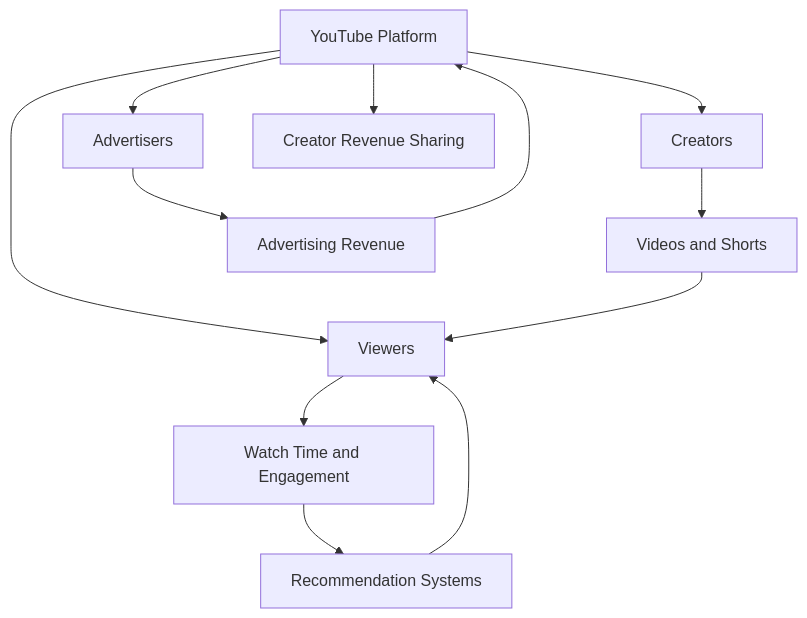
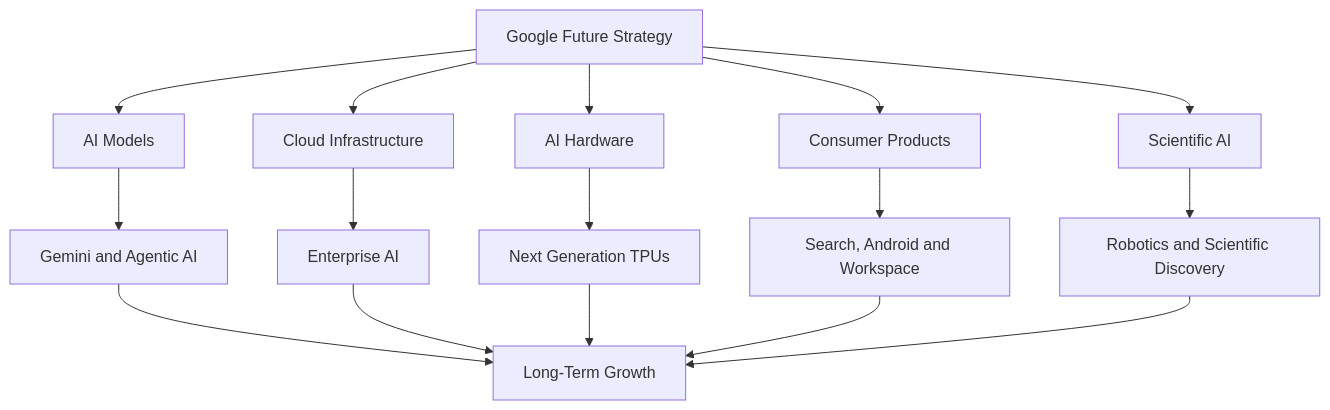
Before and after one commit to Ayush-srivastava504/System-design: diagram 16 of 19 in DAY-005-GOOGLE-CASE-STUDY.md, drawn with Mermaid. The commit also changed other lines of this file, not shown here.

Commit message:
Updated readme of google case study

````diff
--- a/DAY-005-GOOGLE-CASE-STUDY.md
+++ b/DAY-005-GOOGLE-CASE-STUDY.md
@@ -635,16 +1989,20 @@
 ```mermaid
 flowchart TD
-    A[YouTube Platform] --> B[Viewers]
-    A --> C[Creators]
-    A --> D[Advertisers]
+    A["Google Future Strategy"] --> B["AI Models"]
+    A --> C["Cloud Infrastructure"]
+    A --> D["AI Hardware"]
+    A --> E["Consumer Products"]
+    A --> F["Scientific AI"]
 
-    C --> E[Videos and Shorts]
-    E --> B
-    B --> F[Watch Time and Engagement]
-    F --> G[Recommendation Systems]
-    G --> B
+    B --> G["Gemini and Agentic AI"]
+    C --> H["Enterprise AI"]
+    D --> I["Next Generation TPUs"]
+    E --> J["Search, Android and Workspace"]
+    F --> K["Robotics and Scientific Discovery"]
 
-    D --> H[Advertising Revenue]
-    H --> A
-    A --> I[Creator Revenue Sharing]
+    G --> L["Long-Term Growth"]
+    H --> L
+    I --> L
+    J --> L
+    K --> L
 ```
````
